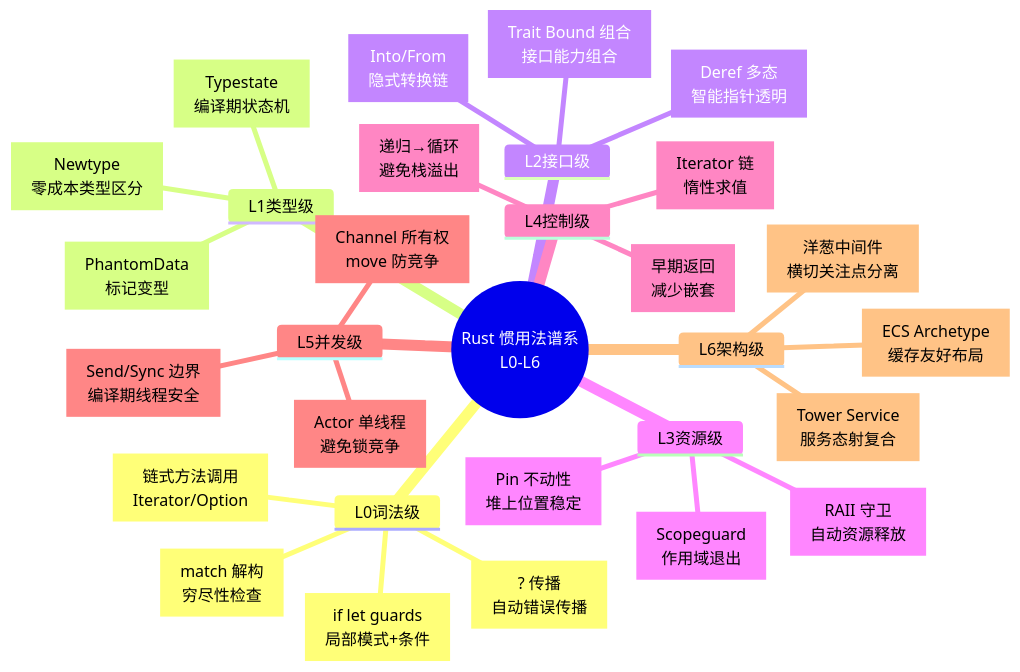
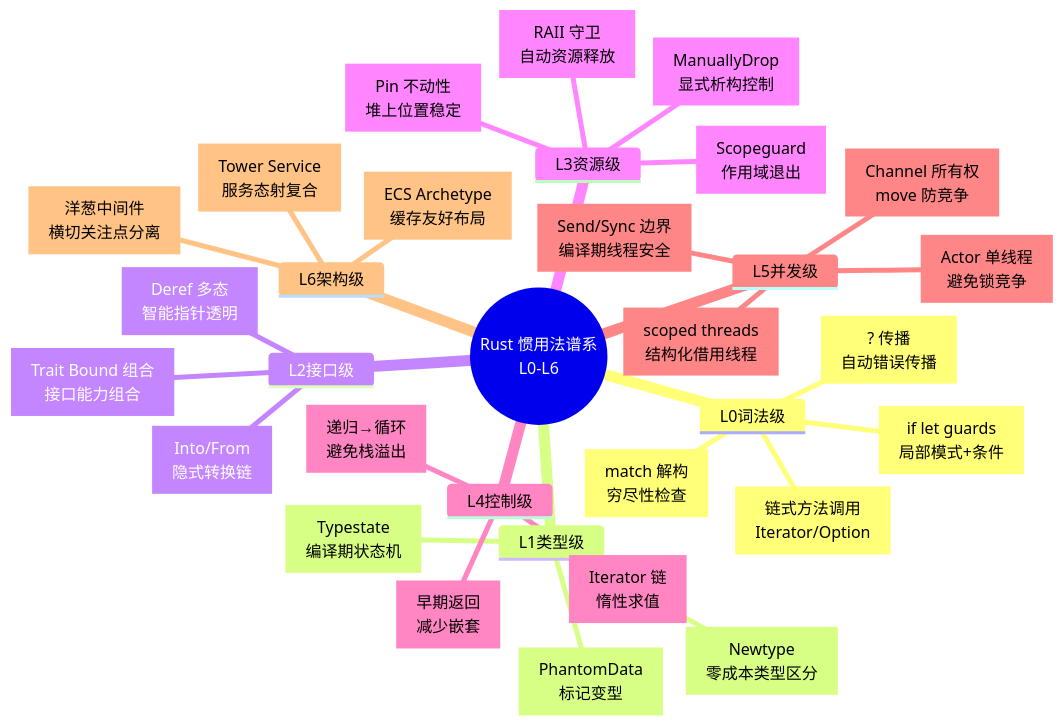
One commit to martin-ly/rust-lang changed the first of 5 diagrams in concept/06_ecosystem/03_design_patterns/02_idioms_spectrum.md. Above: the diagram before and after it, drawn with Mermaid. The commit also changed other lines of this file and 150 other files, not shown here.

````diff
--- a/concept/06_ecosystem/03_design_patterns/02_idioms_spectrum.md
+++ b/concept/06_ecosystem/03_design_patterns/02_idioms_spectrum.md
@@ -124,33 +128,35 @@
 ```mermaid
 mindmap
   root((Rust 惯用法谱系<br/>L0-L6))
     L0词法级
       传播[? 传播<br/>自动错误传播]
       match解构[match 解构<br/>穷尽性检查]
       if_let_guards[if let guards<br/>局部模式+条件]
       链式调用[链式方法调用<br/>Iterator/Option]
     L1类型级
       Newtype[Newtype<br/>零成本类型区分]
       Typestate[Typestate<br/>编译期状态机]
       PhantomData[PhantomData<br/>标记变型]
     L2接口级
       IntoFrom[Into/From<br/>隐式转换链]
       Deref[Deref 多态<br/>智能指针透明]
       TraitBound[Trait Bound 组合<br/>接口能力组合]
     L3资源级
       RAII[RAII 守卫<br/>自动资源释放]
       Scopeguard[Scopeguard<br/>作用域退出]
       Pin[Pin 不动性<br/>堆上位置稳定]
+      ManuallyDrop[ManuallyDrop<br/>显式析构控制]
     L4控制级
       Iterator链[Iterator 链<br/>惰性求值]
       递归转循环[递归→循环<br/>避免栈溢出]
       早期返回[早期返回<br/>减少嵌套]
     L5并发级
       SendSync[Send/Sync 边界<br/>编译期线程安全]
       Actor[Actor 单线程<br/>避免锁竞争]
       Channel[Channel 所有权<br/>move 防竞争]
+      ScopedThreads[scoped threads<br/>结构化借用线程]
     L6架构级
       TowerService[Tower Service<br/>服务态射复合]
       洋葱中间件[洋葱中间件<br/>横切关注点分离]
       ECS[ECS Archetype<br/>缓存友好布局]
 ```
````
